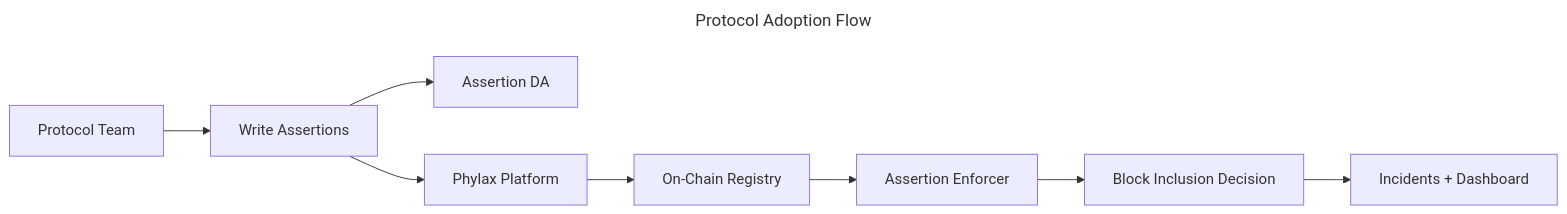
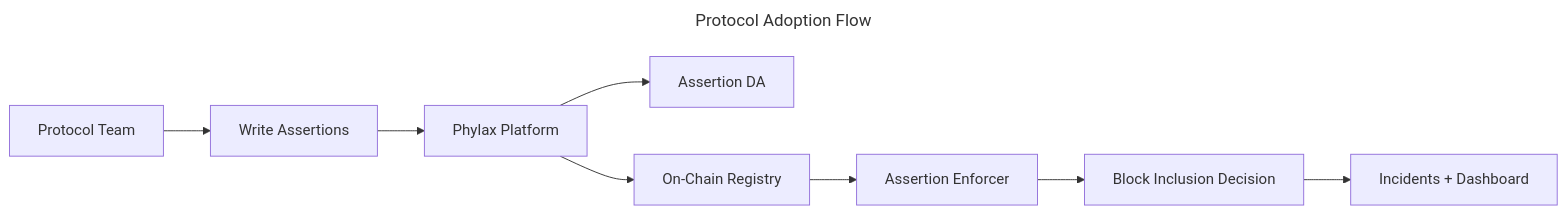
One commit to phylaxsystems/phylax-docs changed the diagram in credible/dapp-integration.mdx. Above: the diagram before and after it, drawn with Mermaid. The commit also changed other lines of this file and 19 other files, not shown here.

````diff
--- a/credible/dapp-integration.mdx
+++ b/credible/dapp-integration.mdx
@@ -24,13 +24,13 @@
 ```mermaid
 ---
 title: Protocol Adoption Flow
 ---
 flowchart LR
   Dev[Protocol Team] --> Assertion[Write Assertions]
-  Assertion --> DA[Assertion DA]
-  Assertion --> Dapp[Phylax Platform]
-  Dapp --> Registry[On-Chain Registry]
+  Assertion --> Platform[Phylax Platform]
+  Platform --> DA[Assertion DA]
+  Platform --> Registry[On-Chain Registry]
   Registry --> Enforcer[Assertion Enforcer]
   Enforcer --> Outcome[Block Inclusion Decision]
   Outcome --> Incidents[Incidents + Dashboard]
 ```
````
